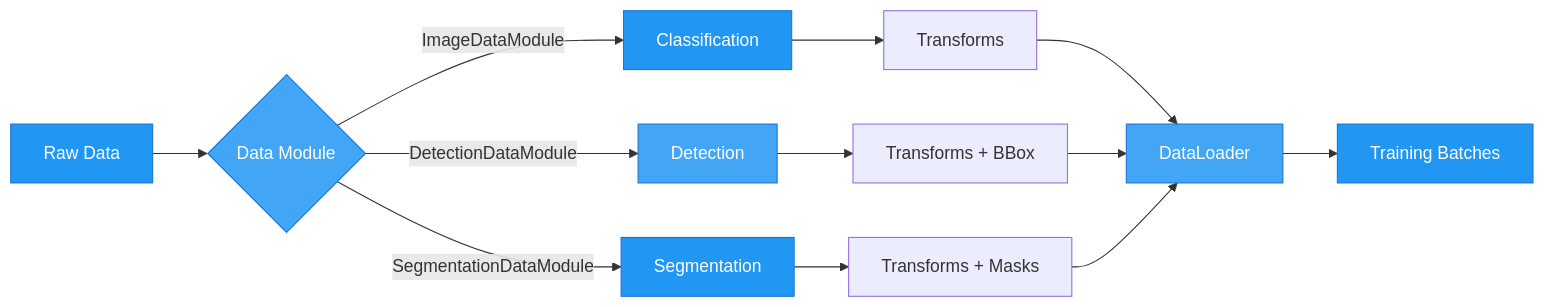
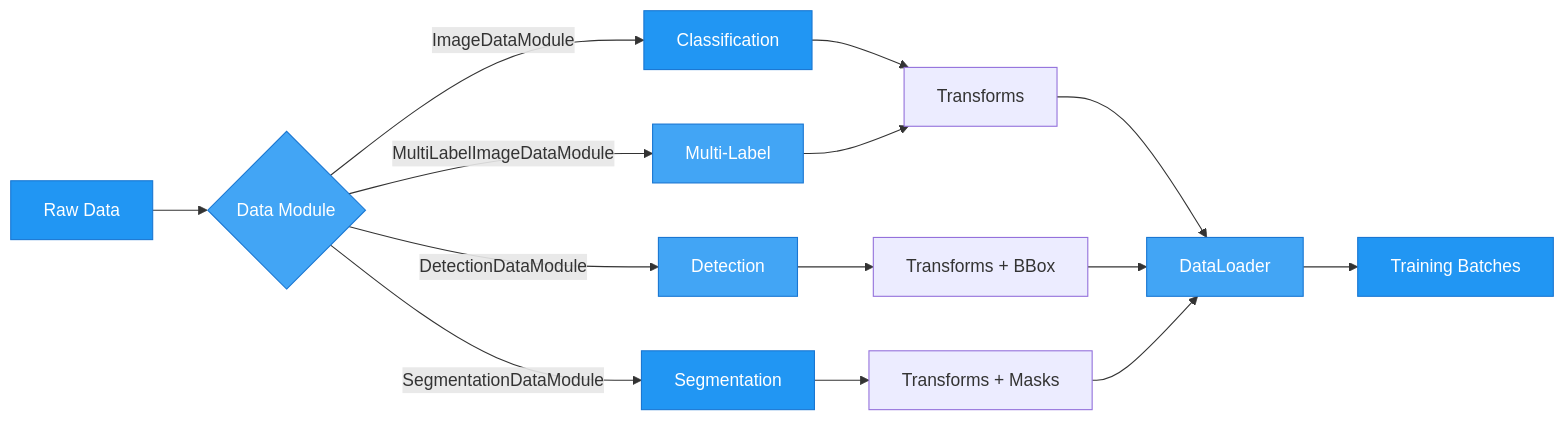
Before and after one commit to theja-vanka/AutoTimm: the diagram in docs/user-guide/data-loading/index.md, drawn with Mermaid. The commit also changed other lines of this file and 23 other files, not shown here.

Commit message:
add: support for multi-label

````diff
--- a/docs/user-guide/data-loading/index.md
+++ b/docs/user-guide/data-loading/index.md
@@ -12,25 +13,28 @@
 ```mermaid
 graph LR
     A[Raw Data] --> B{Data Module}
     B -->|ImageDataModule| C1[Classification]
+    B -->|MultiLabelImageDataModule| C4[Multi-Label]
     B -->|DetectionDataModule| C2[Detection]
     B -->|SegmentationDataModule| C3[Segmentation]
-    
+
     C1 --> D1[Transforms]
+    C4 --> D1
     C2 --> D2[Transforms + BBox]
     C3 --> D3[Transforms + Masks]
-    
+
     D1 --> E[DataLoader]
     D2 --> E
     D3 --> E
     
     E --> F[Training Batches]
     
     style A fill:#2196F3,stroke:#1976D2,color:#fff
     style B fill:#42A5F5,stroke:#1976D2,color:#fff
     style C1 fill:#2196F3,stroke:#1976D2,color:#fff
     style C2 fill:#42A5F5,stroke:#1976D2,color:#fff
     style C3 fill:#2196F3,stroke:#1976D2,color:#fff
+    style C4 fill:#42A5F5,stroke:#1976D2,color:#fff
     style E fill:#42A5F5,stroke:#1976D2,color:#fff
     style F fill:#2196F3,stroke:#1976D2,color:#fff
 ```
````
